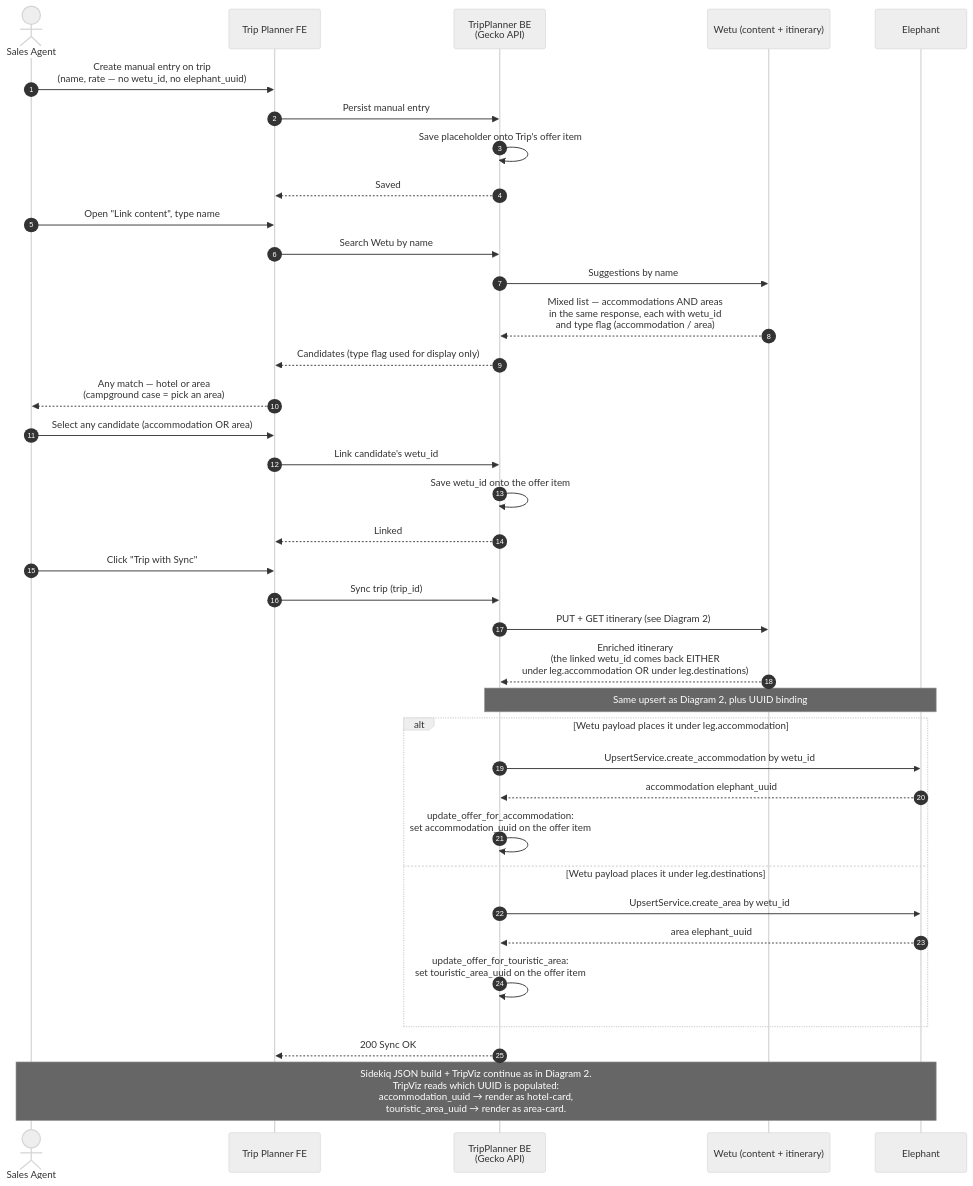
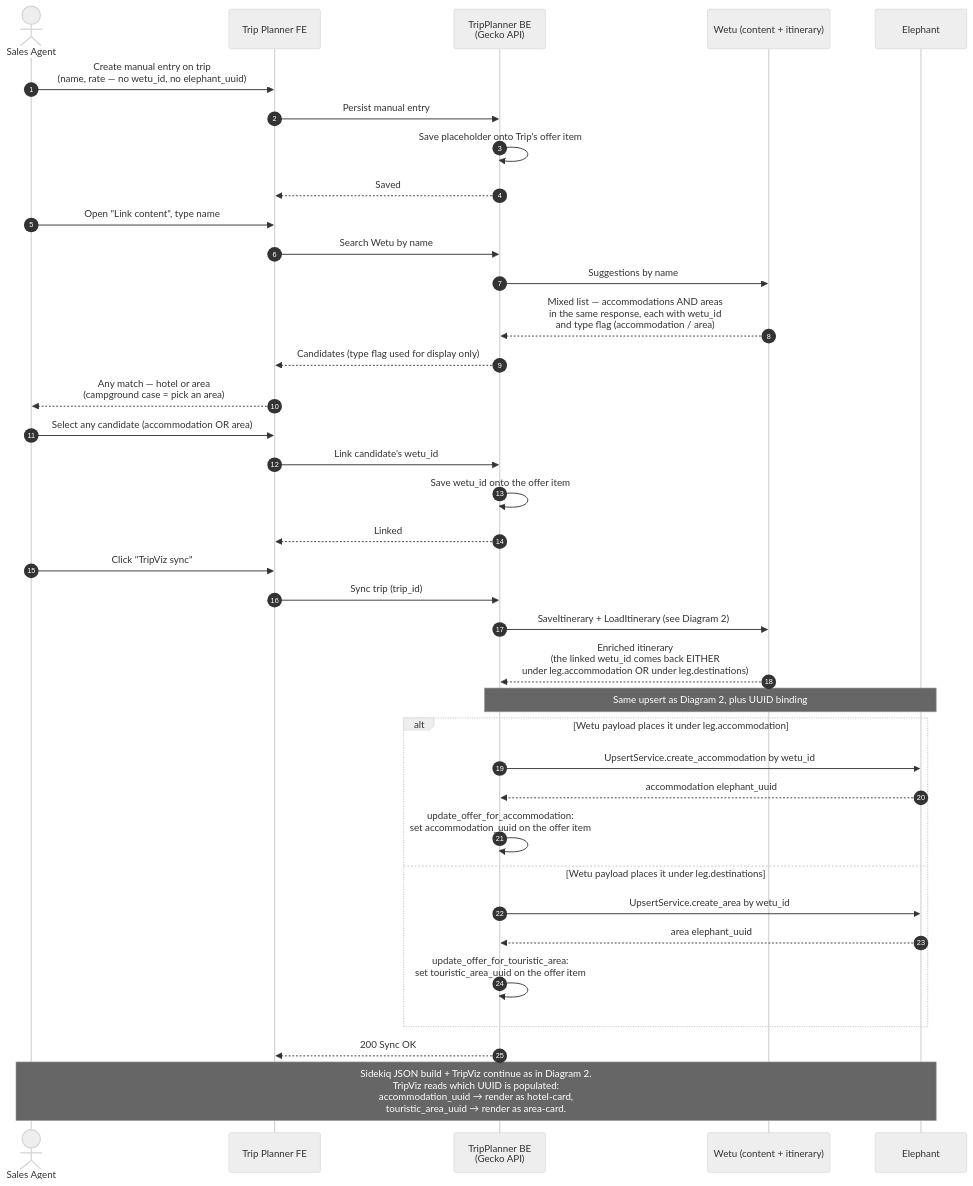
One commit to kliuchnikau-tourlane/ClaudeCowork changed the fourth of 5 diagrams in OUTPUTS/2026-04-24_TripPlannerWetu-sequence-diagrams/TripPlannerWetu_Documentation.md. Above: the diagram before and after it, drawn with Mermaid (neutral theme). The commit also changed other lines of this file, not shown here.

````diff
--- a/OUTPUTS/2026-04-24_TripPlannerWetu-sequence-diagrams/TripPlannerWetu_Documentation.md
+++ b/OUTPUTS/2026-04-24_TripPlannerWetu-sequence-diagrams/TripPlannerWetu_Documentation.md
@@ -179,45 +178,45 @@
 ```mermaid
 sequenceDiagram
     autonumber
     actor Agent as Sales Agent
     participant TP as Trip Planner FE
     participant BE as TripPlanner BE<br/>(Gecko API)
     participant Wetu as Wetu (content + itinerary)
     participant Eleph as Elephant
 
     Agent->>TP: Create manual entry on trip<br/>(name, rate — no wetu_id, no elephant_uuid)
     TP->>BE: Persist manual entry
     BE->>BE: Save placeholder onto Trip's offer item
     BE-->>TP: Saved
 
     Agent->>TP: Open "Link content", type name
     TP->>BE: Search Wetu by name
     BE->>Wetu: Suggestions by name
     Wetu-->>BE: Mixed list — accommodations AND areas<br/>in the same response, each with wetu_id<br/>and type flag (accommodation / area)
     BE-->>TP: Candidates (type flag used for display only)
     TP-->>Agent: Any match — hotel or area<br/>(campground case = pick an area)
 
     Agent->>TP: Select any candidate (accommodation OR area)
     TP->>BE: Link candidate's wetu_id
     BE->>BE: Save wetu_id onto the offer item
     BE-->>TP: Linked
 
-    Agent->>TP: Click "Trip with Sync"
+    Agent->>TP: Click "TripViz sync"
     TP->>BE: Sync trip (trip_id)
-    BE->>Wetu: PUT + GET itinerary (see Diagram 2)
+    BE->>Wetu: SaveItinerary + LoadItinerary (see Diagram 2)
     Wetu-->>BE: Enriched itinerary<br/>(the linked wetu_id comes back EITHER<br/>under leg.accommodation OR under leg.destinations)
 
     Note over BE,Eleph: Same upsert as Diagram 2, plus UUID binding
     alt Wetu payload places it under leg.accommodation
         BE->>Eleph: UpsertService.create_accommodation by wetu_id
         Eleph-->>BE: accommodation elephant_uuid
         BE->>BE: update_offer_for_accommodation:<br/>set accommodation_uuid on the offer item
     else Wetu payload places it under leg.destinations
         BE->>Eleph: UpsertService.create_area by wetu_id
         Eleph-->>BE: area elephant_uuid
         BE->>BE: update_offer_for_touristic_area:<br/>set touristic_area_uuid on the offer item
     end
     BE-->>TP: 200 Sync OK
 
     Note over Agent,Eleph: Sidekiq JSON build + TripViz continue as in Diagram 2.<br/>TripViz reads which UUID is populated:<br/>accommodation_uuid → render as hotel-card,<br/>touristic_area_uuid → render as area-card.
 ```
````
